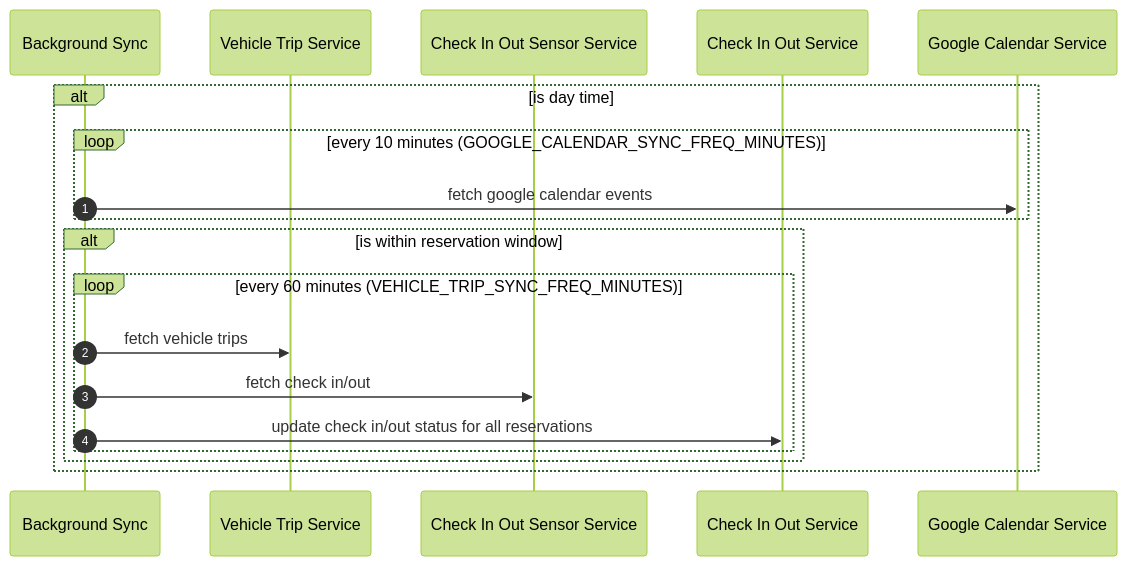
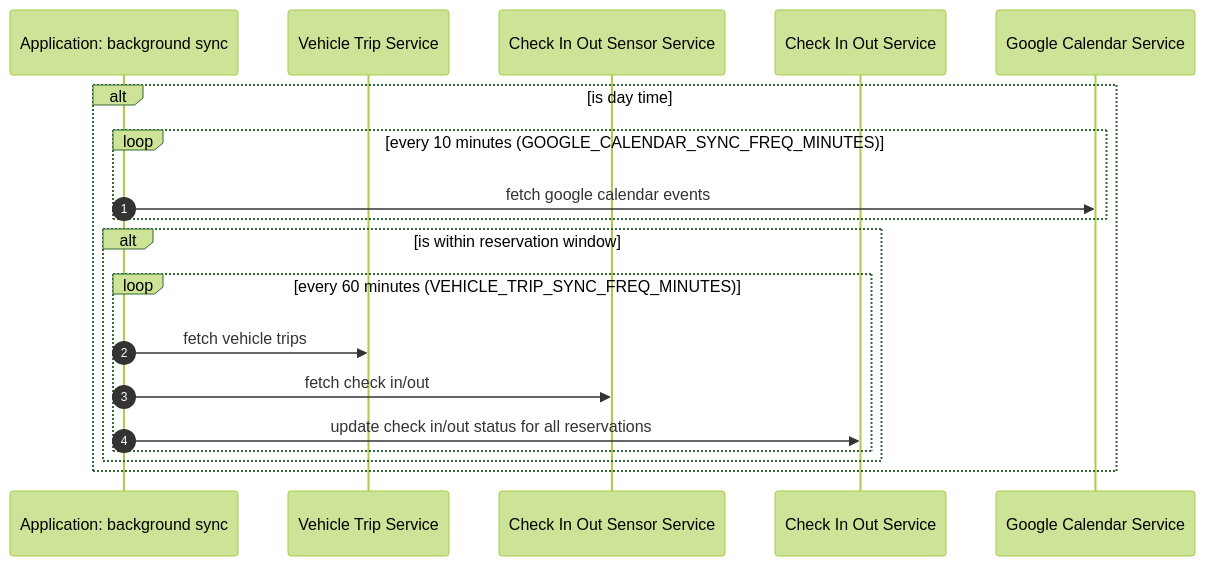
One commit to ismarslomic/cabin-visits-kotlin changed the second of 4 diagrams in docs/solution_architecture.md. Above: the diagram before and after it, drawn with Mermaid (forest theme). The commit also changed other lines of this file and 3 other files, not shown here.

Commit message:
docs(architecture): add diagram for Guest Service

````diff
--- a/docs/solution_architecture.md
+++ b/docs/solution_architecture.md
@@ -23,23 +23,23 @@
 ```mermaid
 sequenceDiagram
     autonumber
-    participant BackgroundSync as Background Sync
+    participant BackgroundSync as Application: background sync
     participant VehicleTripService as Vehicle Trip Service
     participant CheckInOutSensorService as Check In Out Sensor Service
     participant CheckInOutService as Check In Out Service
     participant GoogleCalendarService as Google Calendar Service
 
     alt is day time
         loop every 10 minutes (GOOGLE_CALENDAR_SYNC_FREQ_MINUTES)
             BackgroundSync->>GoogleCalendarService: fetch google calendar events
         end
         
         alt is within reservation window
             loop every 60 minutes (VEHICLE_TRIP_SYNC_FREQ_MINUTES)
                 BackgroundSync->>VehicleTripService: fetch vehicle trips
                 BackgroundSync->>CheckInOutSensorService: fetch check in/out
                 BackgroundSync->>CheckInOutService: update check in/out status for all reservations
             end
         end
     end
 ```
````
